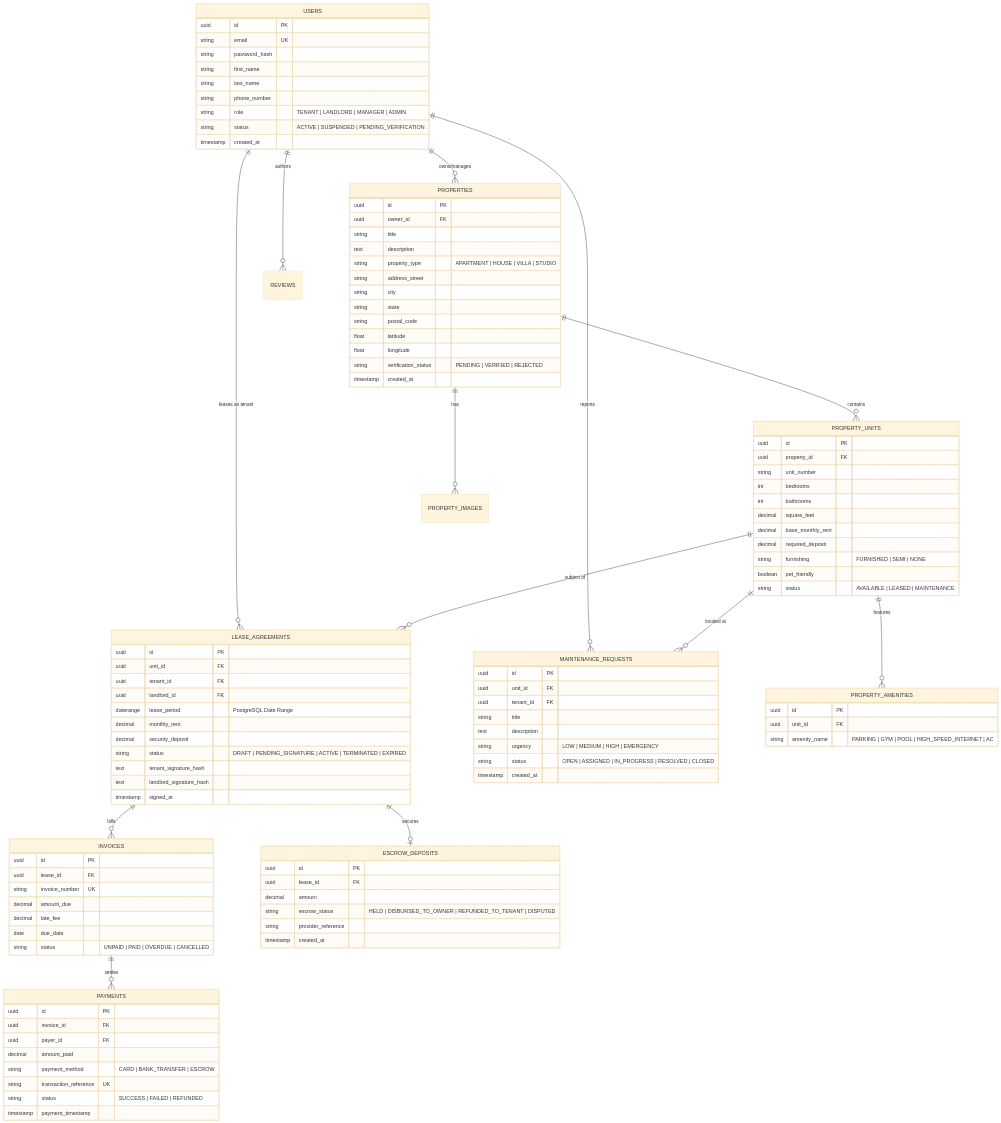
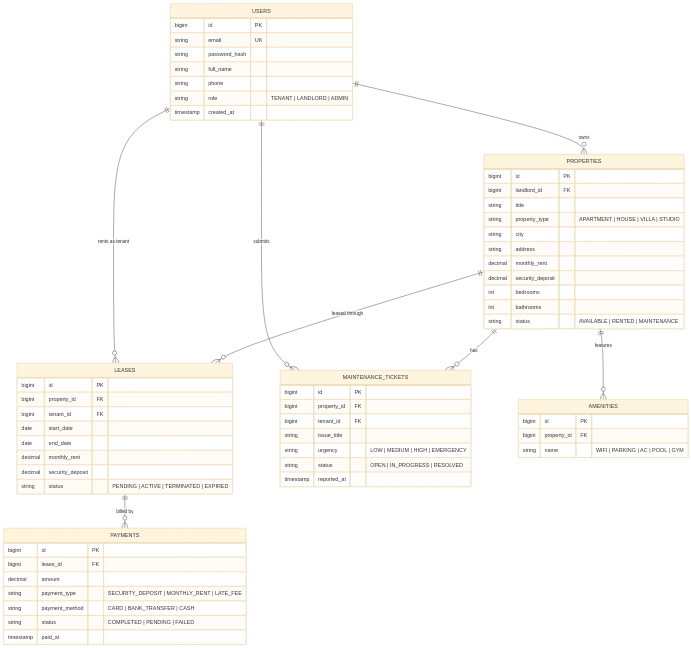
The third of 3 diagrams in Part I - Final Capstone Project Proposal and Prototyping/README.md (Azhar3302/Software-Engineering-and-Project-Management), drawn with Mermaid (base theme) before and after one commit. The commit also changed other lines of this file, not shown here.

````diff
--- a/Part I - Final Capstone Project Proposal and Prototyping/README.md
+++ b/Part I - Final Capstone Project Proposal and Prototyping/README.md
@@ -468,120 +109,73 @@
 ```mermaid
 erDiagram
-    USERS ||--o{ PROPERTIES : "owns/manages"
-    USERS ||--o{ LEASE_AGREEMENTS : "leases as tenant"
-    USERS ||--o{ MAINTENANCE_REQUESTS : "reports"
-    USERS ||--o{ REVIEWS : "authors"
+    USERS ||--o{ PROPERTIES : "owns"
+    USERS ||--o{ LEASES : "rents as tenant"
+    USERS ||--o{ MAINTENANCE_TICKETS : "submits"
+    
+    PROPERTIES ||--o{ LEASES : "leased through"
+    PROPERTIES ||--o{ MAINTENANCE_TICKETS : "has"
+    PROPERTIES ||--o{ AMENITIES : "features"
 
-    PROPERTIES ||--o{ PROPERTY_UNITS : "contains"
-    PROPERTIES ||--o{ PROPERTY_IMAGES : "has"
-    PROPERTY_UNITS ||--o{ LEASE_AGREEMENTS : "subject of"
-    PROPERTY_UNITS ||--o{ MAINTENANCE_REQUESTS : "located at"
-    PROPERTY_UNITS ||--o{ PROPERTY_AMENITIES : "features"
-
-    LEASE_AGREEMENTS ||--o{ INVOICES : "bills"
-    INVOICES ||--o{ PAYMENTS : "settles"
-    LEASE_AGREEMENTS ||--o| ESCROW_DEPOSITS : "secures"
+    LEASES ||--o{ PAYMENTS : "billed by"
 
     USERS {
-        uuid id PK
+        bigint id PK
         string email UK
         string password_hash
-        string first_name
-        string last_name
-        string phone_number
-        string role "TENANT | LANDLORD | MANAGER | ADMIN"
-        string status "ACTIVE | SUSPENDED | PENDING_VERIFICATION"
+        string full_name
+        string phone
+        string role "TENANT | LANDLORD | ADMIN"
         timestamp created_at
     }
 
     PROPERTIES {
-        uuid id PK
-        uuid owner_id FK
+        bigint id PK
+        bigint landlord_id FK
         string title
-        text description
         string property_type "APARTMENT | HOUSE | VILLA | STUDIO"
-        string address_street
         string city
-        string state
-        string postal_code
-        float latitude
-        float longitude
-        string verification_status "PENDING | VERIFIED | REJECTED"
-        timestamp created_at
+        string address
+        decimal monthly_rent
+        decimal security_deposit
+        int bedrooms
+        int bathrooms
+        string status "AVAILABLE | RENTED | MAINTENANCE"
     }
 
-    PROPERTY_UNITS {
-        uuid id PK
-        uuid property_id FK
-        string unit_number
-        int bedrooms
-        int bathrooms
-        decimal square_feet
-        decimal base_monthly_rent
-        decimal required_deposit
-        string furnishing "FURNISHED | SEMI | NONE"
-        boolean pet_friendly
-        string status "AVAILABLE | LEASED | MAINTENANCE"
+    AMENITIES {
+        bigint id PK
+        bigint property_id FK
+        string name "WIFI | PARKING | AC | POOL | GYM"
     }
 
-    PROPERTY_AMENITIES {
-        uuid id PK
-        uuid unit_id FK
-        string amenity_name "PARKING | GYM | POOL | HIGH_SPEED_INTERNET | AC"
-    }
-
-    LEASE_AGREEMENTS {
-        uuid id PK
-        uuid unit_id FK
-        uuid tenant_id FK
-        uuid landlord_id FK
-        daterange lease_period "PostgreSQL Date Range"
+    LEASES {
+        bigint id PK
+        bigint property_id FK
+        bigint tenant_id FK
+        date start_date
+        date end_date
         decimal monthly_rent
         decimal security_deposit
-        string status "DRAFT | PENDING_SIGNATURE | ACTIVE | TERMINATED | EXPIRED"
-        text tenant_signature_hash
-        text landlord_signature_hash
-        timestamp signed_at
-    }
-
-    ESCROW_DEPOSITS {
-        uuid id PK
-        uuid lease_id FK
-        decimal amount
-        string escrow_status "HELD | DISBURSED_TO_OWNER | REFUNDED_TO_TENANT | DISPUTED"
-        string provider_reference
-        timestamp created_at
-    }
-
-    INVOICES {
-        uuid id PK
-        uuid lease_id FK
-        string invoice_number UK
-        decimal amount_due
-        decimal late_fee
-        date due_date
-        string status "UNPAID | PAID | OVERDUE | CANCELLED"
+        string status "PENDING | ACTIVE | TERMINATED | EXPIRED"
     }
 
     PAYMENTS {
-        uuid id PK
-        uuid invoice_id FK
-        uuid payer_id FK
-        decimal amount_paid
-        string payment_method "CARD | BANK_TRANSFER | ESCROW"
-        string transaction_reference UK
-        string status "SUCCESS | FAILED | REFUNDED"
-        timestamp payment_timestamp
+        bigint id PK
+        bigint lease_id FK
+        decimal amount
+        string payment_type "SECURITY_DEPOSIT | MONTHLY_RENT | LATE_FEE"
+        string payment_method "CARD | BANK_TRANSFER | CASH"
+        string status "COMPLETED | PENDING | FAILED"
+        timestamp paid_at
     }
 
-    MAINTENANCE_REQUESTS {
-        uuid id PK
-        uuid unit_id FK
-        uuid tenant_id FK
-        string title
-        text description
+    MAINTENANCE_TICKETS {
+        bigint id PK
+        bigint property_id FK
+        bigint tenant_id FK
+        string issue_title
         string urgency "LOW | MEDIUM | HIGH | EMERGENCY"
-        string status "OPEN | ASSIGNED | IN_PROGRESS | RESOLVED | CLOSED"
-        timestamp created_at
+        string status "OPEN | IN_PROGRESS | RESOLVED"
+        timestamp reported_at
     }
 ```
````
